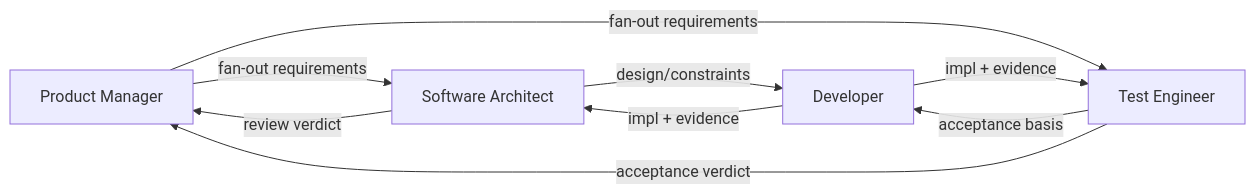
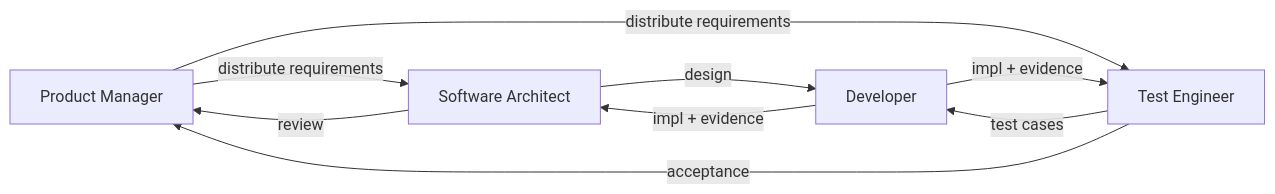
One commit to icylight/pi-tavern changed the second of 7 diagrams in README.en.md. Above: the diagram before and after it, drawn with Mermaid. The commit also changed other lines of this file and 1 other file, not shown here.

````diff
--- a/README.en.md
+++ b/README.en.md
@@ -123,9 +123,9 @@
 ```mermaid
 flowchart LR
-    PM["Product Manager"] -->|"fan-out requirements"| AR["Software Architect"] & TE["Test Engineer"]
-    AR -->|"design/constraints"| DV["Developer"]
-    TE -->|"acceptance basis"| DV
+    PM["Product Manager"] -->|"distribute requirements"| AR["Software Architect"] & TE["Test Engineer"]
+    AR -->|"design"| DV["Developer"]
+    TE -->|"test cases"| DV
     DV -->|"impl + evidence"| AR & TE
-    AR -->|"review verdict"| PM
-    TE -->|"acceptance verdict"| PM
+    AR -->|"review"| PM
+    TE -->|"acceptance"| PM
 ```
````
